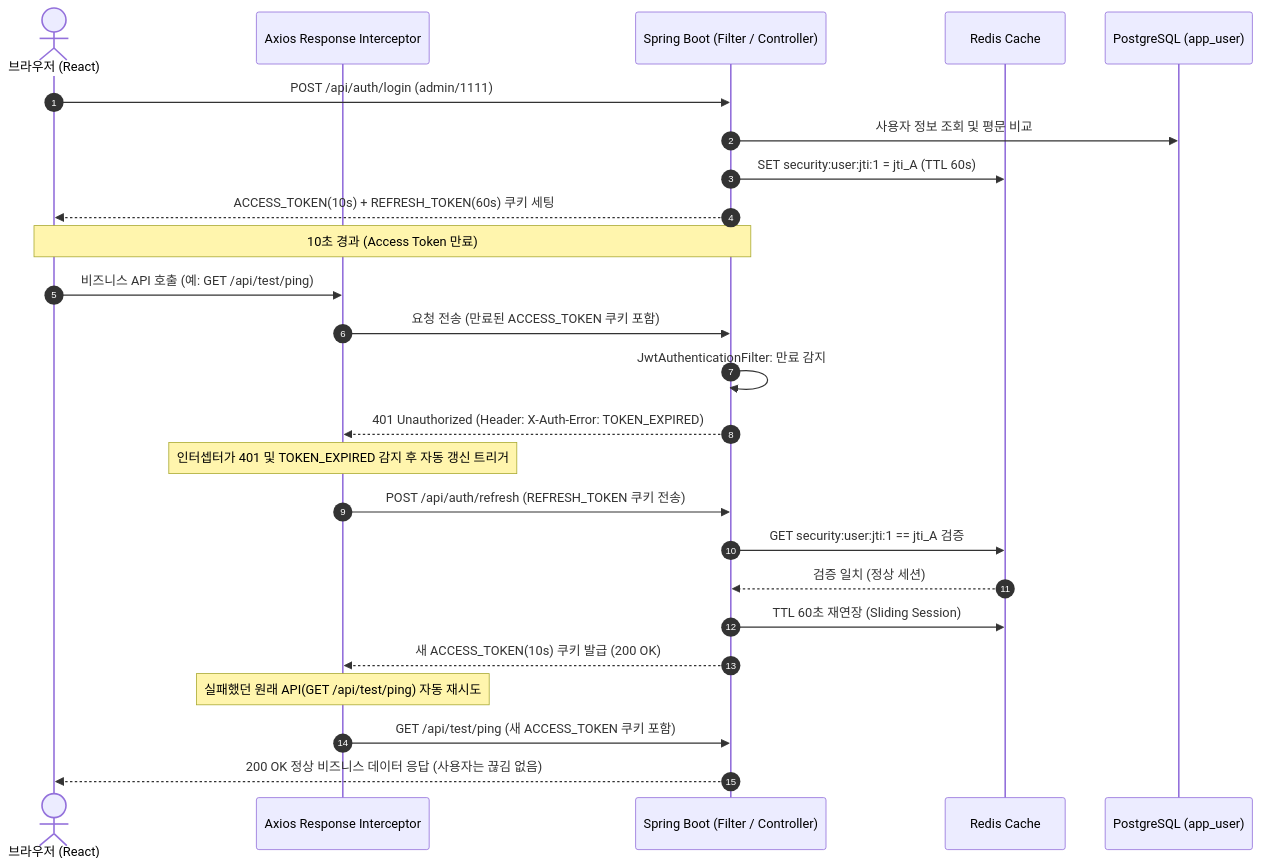
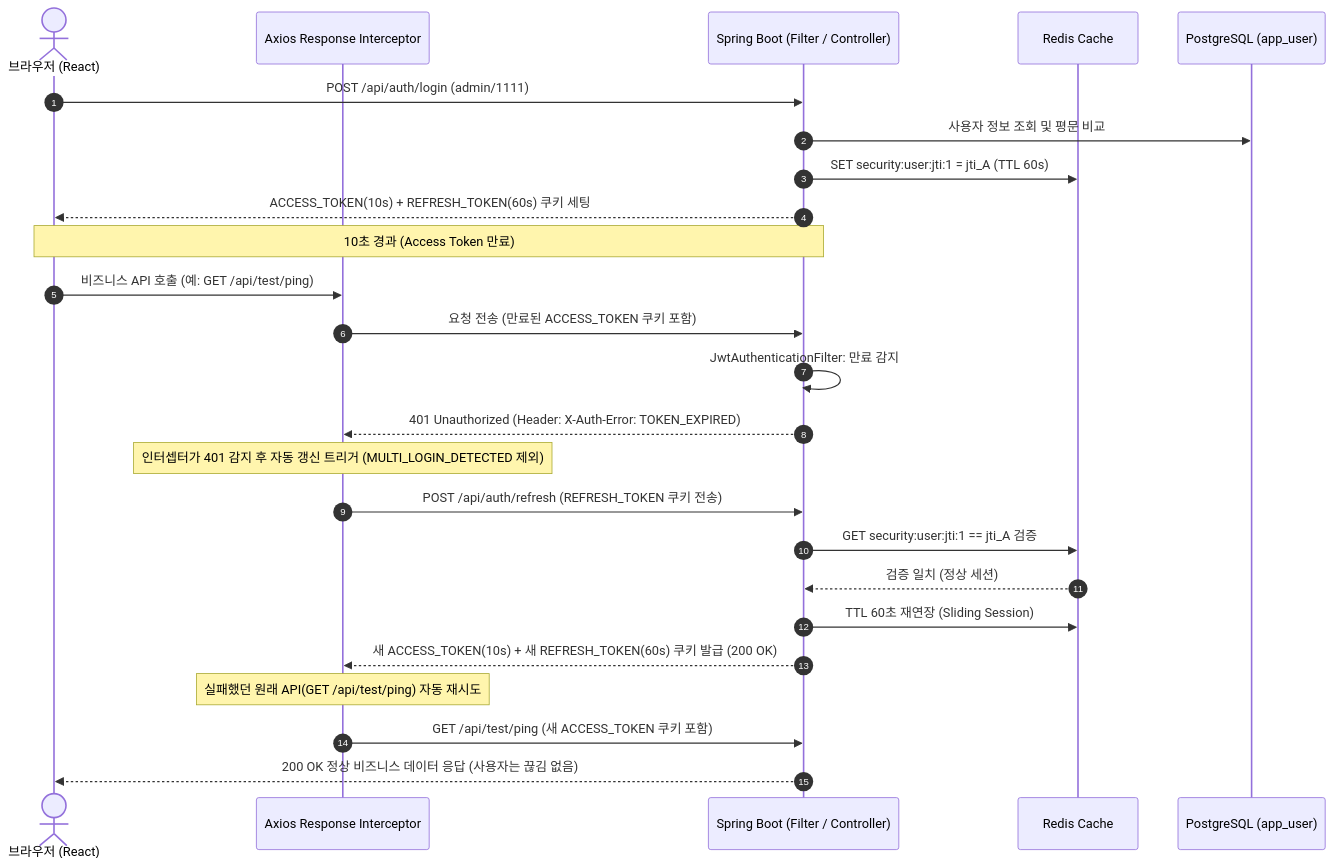
Before and after one commit to KimDoYoung/framework-sprt: the first of 2 diagrams in docs/security-설계.md, drawn with Mermaid. The commit also changed other lines of this file and 28 other files, not shown here.

````diff
--- a/docs/security-설계.md
+++ b/docs/security-설계.md
@@ -109,32 +132,32 @@
 ```mermaid
 sequenceDiagram
     autonumber
     actor Client as 브라우저 (React)
     participant Interceptor as Axios Response Interceptor
     participant Backend as Spring Boot (Filter / Controller)
     participant Redis as Redis Cache
     participant DB as PostgreSQL (app_user)
 
     Client->>Backend: POST /api/auth/login (admin/1111)
     Backend->>DB: 사용자 정보 조회 및 평문 비교
     Backend->>Redis: SET security:user:jti:1 = jti_A (TTL 60s)
     Backend-->>Client: ACCESS_TOKEN(10s) + REFRESH_TOKEN(60s) 쿠키 세팅
     
     Note over Client,Backend: 10초 경과 (Access Token 만료)
 
     Client->>Interceptor: 비즈니스 API 호출 (예: GET /api/test/ping)
     Interceptor->>Backend: 요청 전송 (만료된 ACCESS_TOKEN 쿠키 포함)
     Backend->>Backend: JwtAuthenticationFilter: 만료 감지
     Backend-->>Interceptor: 401 Unauthorized (Header: X-Auth-Error: TOKEN_EXPIRED)
     
-    Note over Interceptor: 인터셉터가 401 및 TOKEN_EXPIRED 감지 후 자동 갱신 트리거
+    Note over Interceptor: 인터셉터가 401 감지 후 자동 갱신 트리거 (MULTI_LOGIN_DETECTED 제외)
     Interceptor->>Backend: POST /api/auth/refresh (REFRESH_TOKEN 쿠키 전송)
     Backend->>Redis: GET security:user:jti:1 == jti_A 검증
     Redis-->>Backend: 검증 일치 (정상 세션)
     Backend->>Redis: TTL 60초 재연장 (Sliding Session)
-    Backend-->>Interceptor: 새 ACCESS_TOKEN(10s) 쿠키 발급 (200 OK)
+    Backend-->>Interceptor: 새 ACCESS_TOKEN(10s) + 새 REFRESH_TOKEN(60s) 쿠키 발급 (200 OK)
     
     Note over Interceptor: 실패했던 원래 API(GET /api/test/ping) 자동 재시도
     Interceptor->>Backend: GET /api/test/ping (새 ACCESS_TOKEN 쿠키 포함)
     Backend-->>Client: 200 OK 정상 비즈니스 데이터 응답 (사용자는 끊김 없음)
 ```
````
